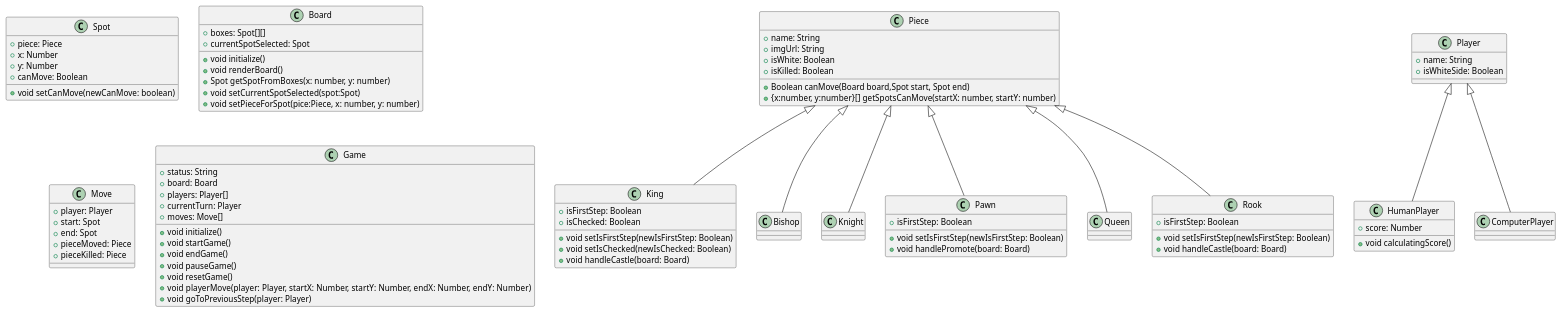
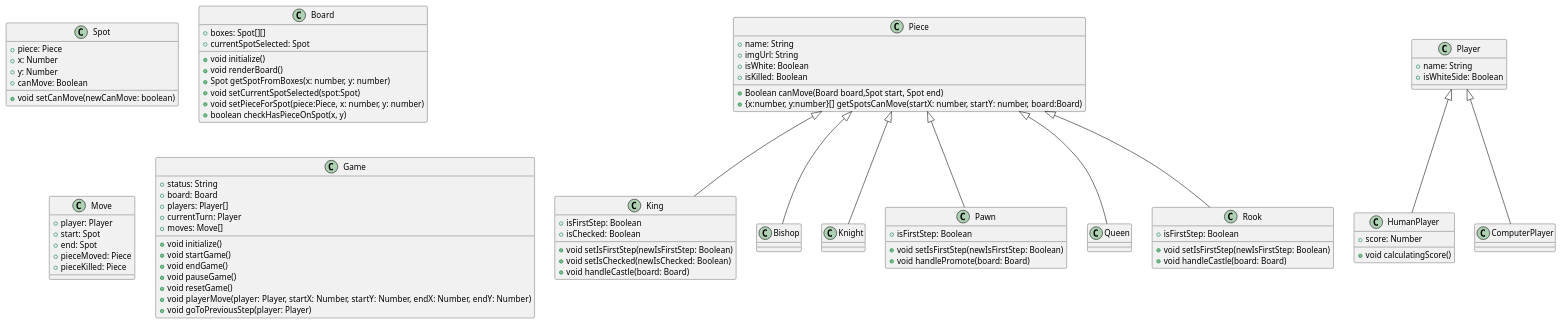
Before and after one commit to hoanglt1223/SET2021: the diagram in nhom_5/docs/class-diagram.plantuml, drawn with PlantUML. The commit also changed 8 other files, not shown here.

```diff
--- a/nhom_5/docs/class-diagram.plantuml
+++ b/nhom_5/docs/class-diagram.plantuml
@@ -1,103 +1,104 @@
 @startuml
 class Spot{
   + piece: Piece
   + x: Number
   + y: Number
   + canMove: Boolean
   + void setCanMove(newCanMove: boolean)
 }
 
 class Board{
   +boxes: Spot[][]
   +currentSpotSelected: Spot
 
   +void initialize()
   +void renderBoard()
   +Spot getSpotFromBoxes(x: number, y: number)
   +void setCurrentSpotSelected(spot:Spot)
-  +void setPieceForSpot(pice:Piece, x: number, y: number)
+  +void setPieceForSpot(piece:Piece, x: number, y: number)
+  +boolean checkHasPieceOnSpot(x, y)
 
 }
 
 class Piece{
   + name: String
   + imgUrl: String
   + isWhite: Boolean
   + isKilled: Boolean
   + Boolean canMove(Board board,Spot start, Spot end)
-  + {x:number, y:number}[] getSpotsCanMove(startX: number, startY: number)
+  + {x:number, y:number}[] getSpotsCanMove(startX: number, startY: number, board:Board)
 }
 
 class Move{
   + player: Player
   + start: Spot
   + end: Spot
   + pieceMoved: Piece
   + pieceKilled: Piece
 }
 
 class Game{
   + status: String
   + board: Board
   + players: Player[]
   + currentTurn: Player
   + moves: Move[]
 
   + void initialize()
   + void startGame()
   + void endGame()
   + void pauseGame()
   + void resetGame()
   + void playerMove(player: Player, startX: Number, startY: Number, endX: Number, endY: Number)
   + void goToPreviousStep(player: Player)
 }
 
 class Player{
   + name: String
   + isWhiteSide: Boolean
 }
 
 class HumanPlayer{
   + score: Number
   + void calculatingScore()
 }
 
 class ComputerPlayer{}
 
 
 class King{
   + isFirstStep: Boolean
   + isChecked: Boolean
   + void setIsFirstStep(newIsFirstStep: Boolean)
   + void setIsChecked(newIsChecked: Boolean)
   + void handleCastle(board: Board)
 }
 class Bishop{}
 class Knight{}
 class Pawn{
   + isFirstStep: Boolean
   + void setIsFirstStep(newIsFirstStep: Boolean)
   + void handlePromote(board: Board)
 }
 class Queen{}
 class Rook{
   + isFirstStep: Boolean
   + void setIsFirstStep(newIsFirstStep: Boolean)
   + void handleCastle(board: Board)
 }
 
 
 
 
 
 Piece <|-- King
 Piece <|-- Bishop
 Piece <|-- Knight
 Piece <|-- Pawn
 Piece <|-- Queen
 Piece <|-- Rook
 
 Player <|-- HumanPlayer
 Player <|-- ComputerPlayer
 
 @enduml
```
